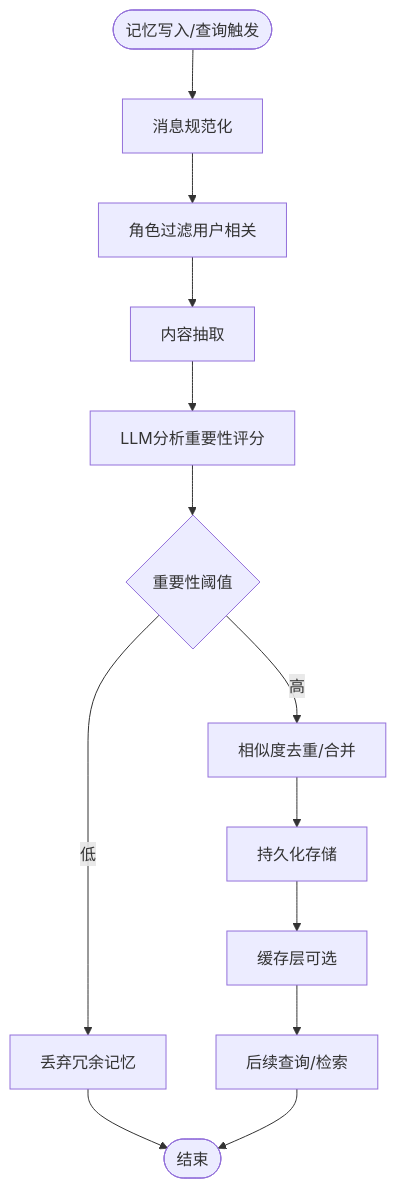
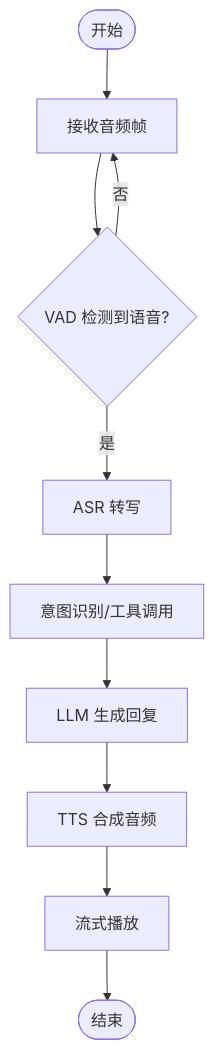
Before and after one commit to haixinke/xiaozhi-esp32-server: the third of 4 diagrams in .qoder/repowiki/zh/content/项目概述/项目介绍.md, drawn with Mermaid. The commit also changed other lines of this file and 557 other files, not shown here.

````diff
--- a/.qoder/repowiki/zh/content/项目概述/项目介绍.md
+++ b/.qoder/repowiki/zh/content/项目概述/项目介绍.md
@@ -190,15 +215,12 @@
 ```mermaid
 flowchart TD
-Start(["记忆写入/查询触发"]) --> Normalize["消息规范化"]
-Normalize --> Filter["角色过滤用户相关"]
-Filter --> Extract["内容抽取"]
-Extract --> Analyze["LLM分析重要性评分"]
-Analyze --> Score{"重要性阈值"}
-Score --> |低| Discard["丢弃冗余记忆"]
-Score --> |高| Merge["相似度去重/合并"]
-Merge --> Store["持久化存储"]
-Store --> Cache["缓存层可选"]
-Cache --> Query["后续查询/检索"]
-Discard --> End(["结束"])
-Query --> End
+Start(["开始"]) --> Recv["接收音频帧"]
+Recv --> VAD{"VAD 检测到语音?"}
+VAD -- 否 --> Recv
+VAD -- 是 --> ASR["ASR 转写"]
+ASR --> Intent["意图识别/工具调用"]
+Intent --> LLM["LLM 生成回复"]
+LLM --> TTS["TTS 合成音频"]
+TTS --> Play["流式播放"]
+Play --> End(["结束"])
 ```
````
